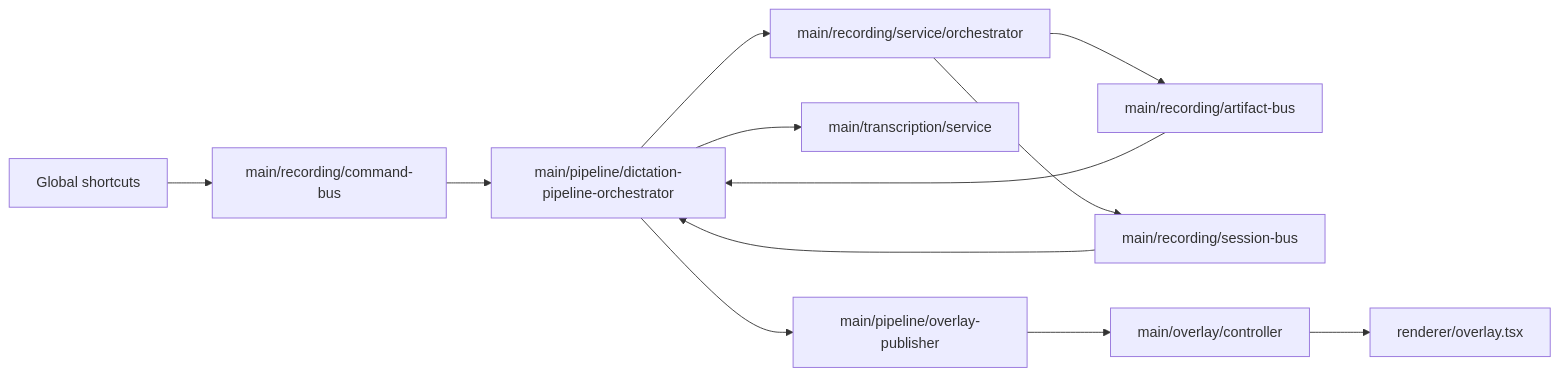
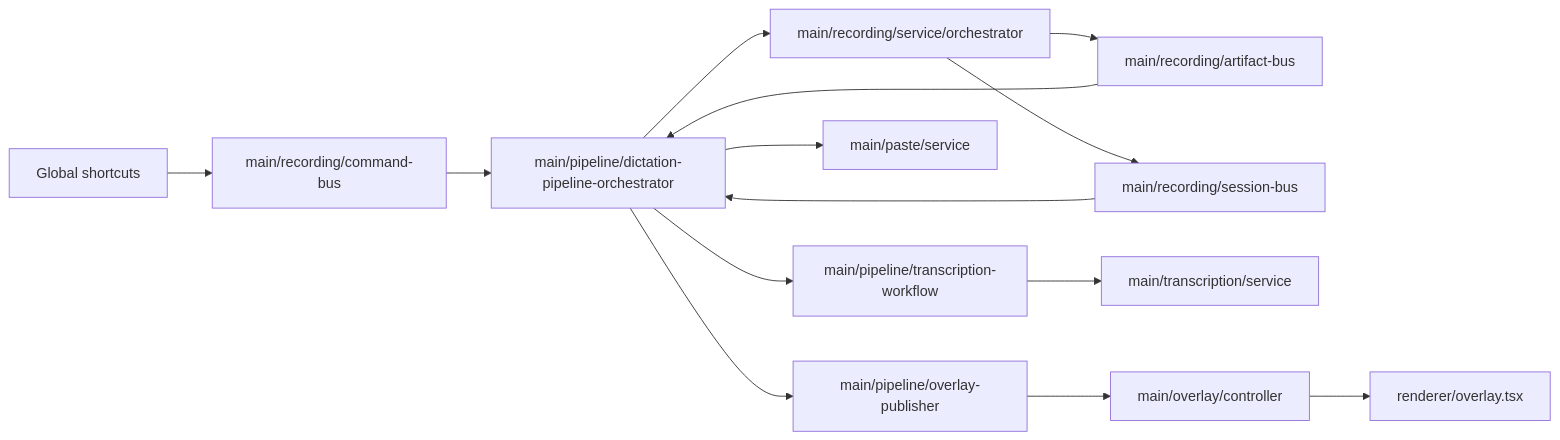
One commit to MateuszRomek/openvocaly changed the diagram in docs/dictation/architecture.md. Above: the diagram before and after it, drawn with Mermaid. The commit also changed other lines of this file and 140 other files, not shown here.

````diff
--- a/docs/dictation/architecture.md
+++ b/docs/dictation/architecture.md
@@ -16,17 +17,21 @@
 ```mermaid
 flowchart LR
   A[Global shortcuts] --> B[main/recording/command-bus]
   B --> C[main/pipeline/dictation-pipeline-orchestrator]
 
   C --> D[main/recording/service/orchestrator]
   D --> E[main/recording/artifact-bus]
   D --> F[main/recording/session-bus]
 
   E --> C
   F --> C
 
-  C --> G[main/transcription/service]
-  C --> H[main/pipeline/overlay-publisher]
-  H --> I[main/overlay/controller]
-  I --> J[renderer/overlay.tsx]
+  C --> G[main/pipeline/transcription-workflow]
+  G --> H[main/transcription/service]
+
+  C --> I[main/paste/service]
+
+  C --> J[main/pipeline/overlay-publisher]
+  J --> K[main/overlay/controller]
+  K --> L[renderer/overlay.tsx]
 ```
````
